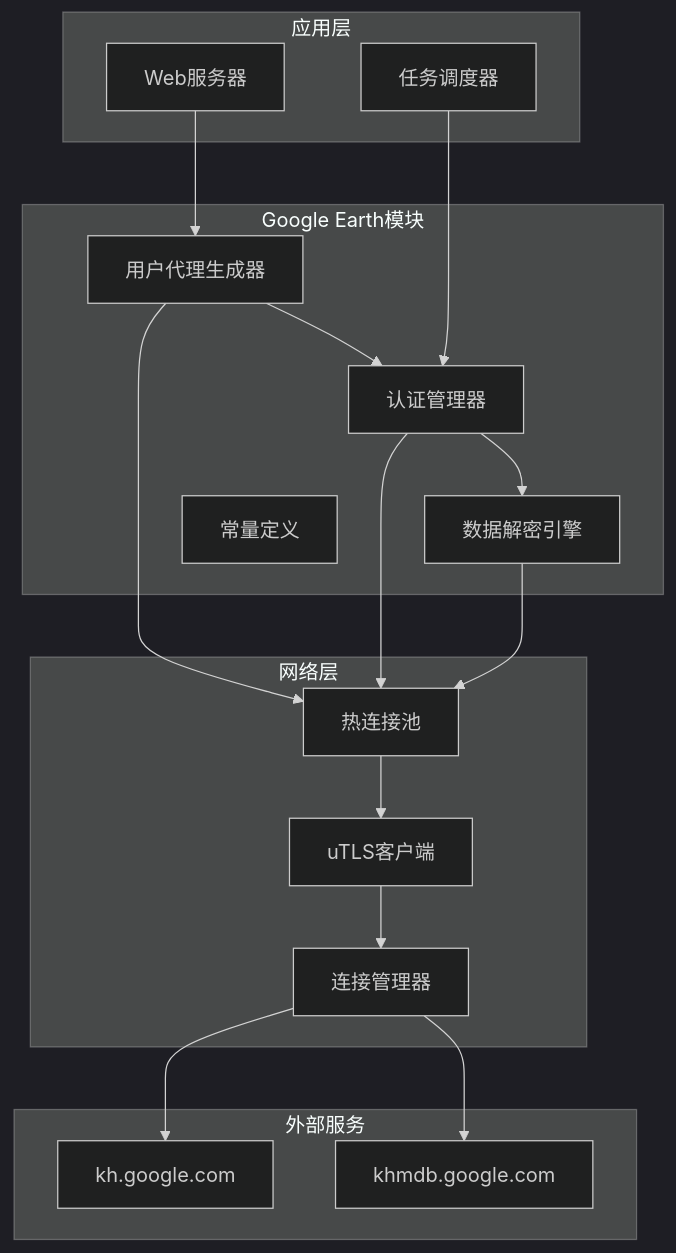
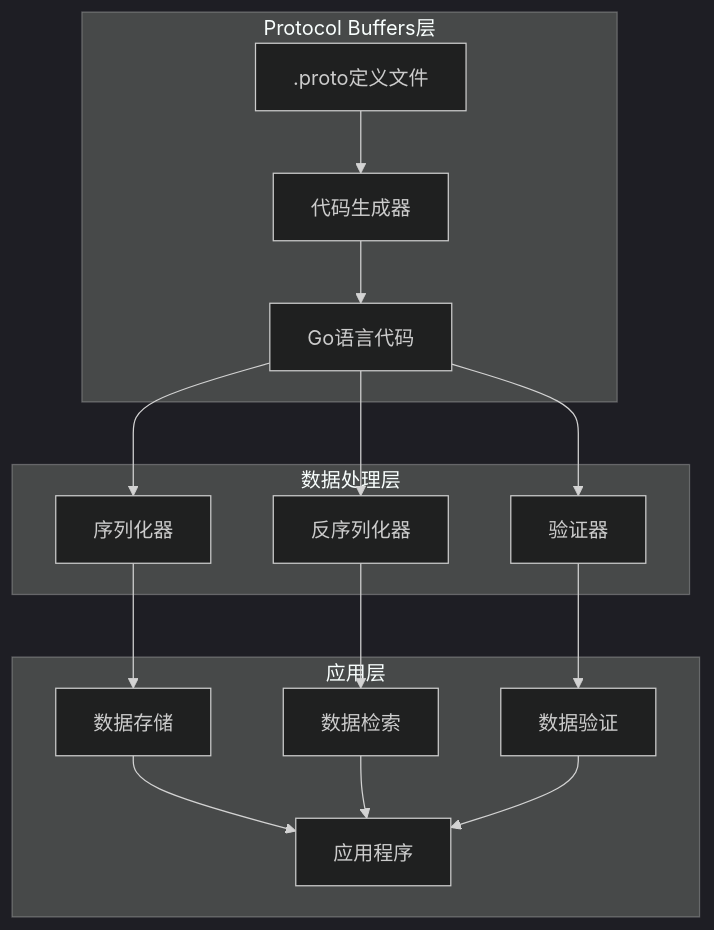
One commit to vistone/crawler-platform changed the second of 5 diagrams in .qoder/repowiki/zh/content/核心功能/Google Earth 用户代理.md. Above: the diagram before and after it, drawn with Mermaid (dark theme). The commit also changed other lines of this file and 40 other files, not shown here.

````diff
--- a/.qoder/repowiki/zh/content/核心功能/Google Earth 用户代理.md
+++ b/.qoder/repowiki/zh/content/核心功能/Google Earth 用户代理.md
@@ -109,33 +142,20 @@
 ```mermaid
 graph TB
+subgraph "Protocol Buffers层"
+A[.proto定义文件] --> B[代码生成器]
+B --> C[Go语言代码]
+end
+subgraph "数据处理层"
+C --> D[序列化器]
+C --> E[反序列化器]
+C --> F[验证器]
+end
 subgraph "应用层"
-A[Web服务器]
-B[任务调度器]
+D --> G[数据存储]
+E --> H[数据检索]
+F --> I[数据验证]
+G --> J[应用程序]
+H --> J
+I --> J
 end
-subgraph "Google Earth模块"
-C[用户代理生成器]
-D[认证管理器]
-E[数据解密引擎]
-F[常量定义]
-end
-subgraph "网络层"
-G[热连接池]
-H[uTLS客户端]
-I[连接管理器]
-end
-subgraph "外部服务"
-J[kh.google.com]
-K[khmdb.google.com]
-end
-A --> C
-B --> D
-C --> G
-D --> G
-E --> G
-G --> H
-H --> I
-I --> J
-I --> K
-C --> D
-D --> E
 ```
````
